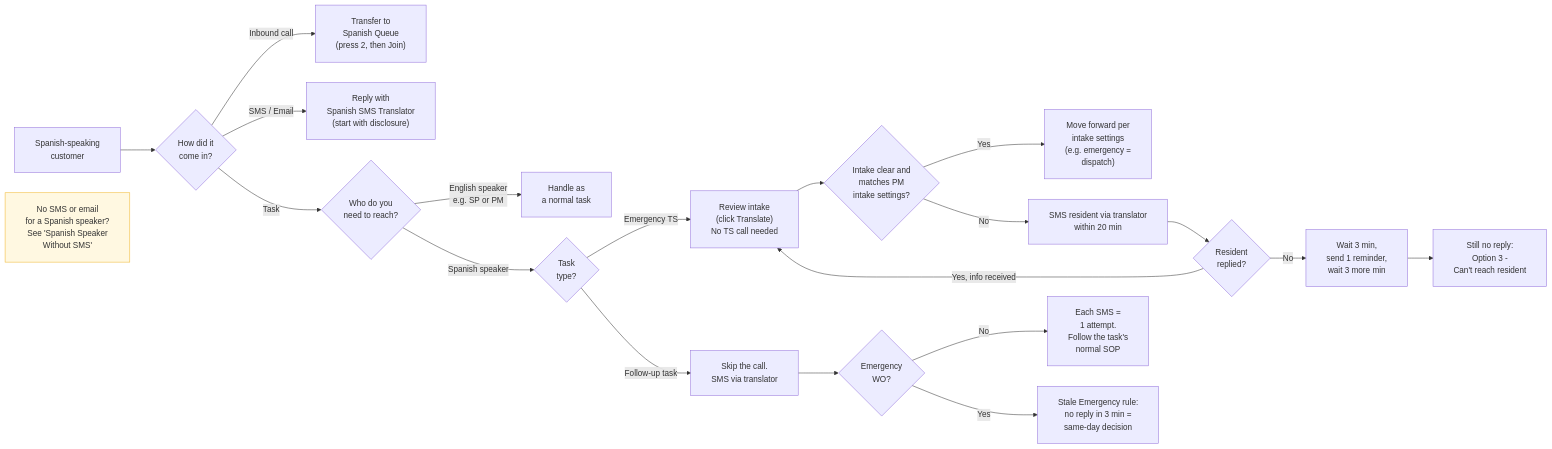
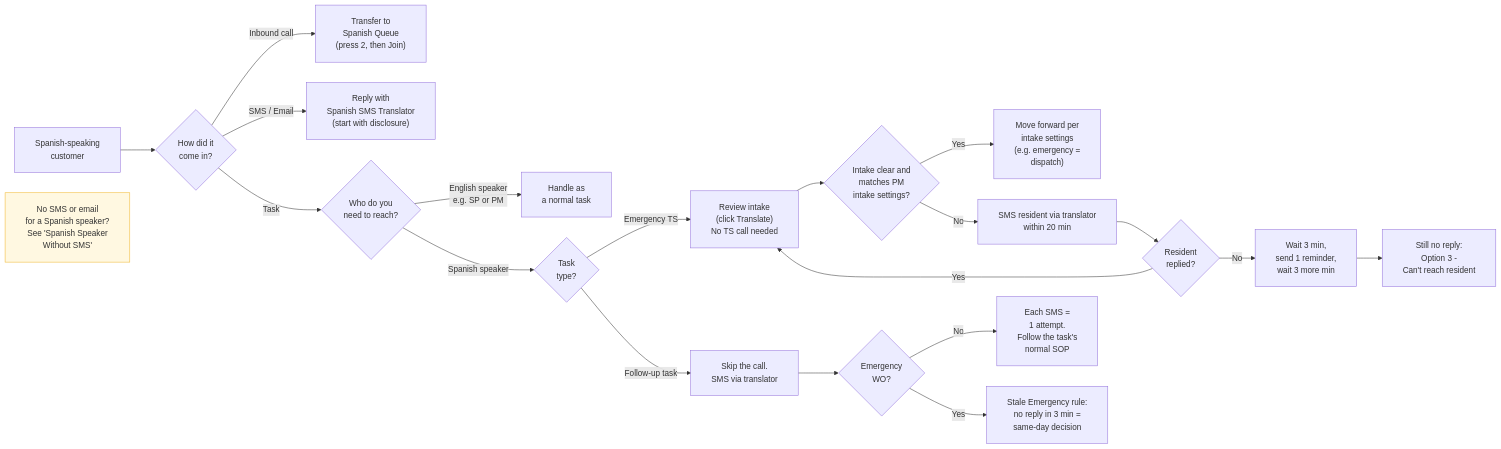
The diagram in latchel-admin/Service-Operations/Production-Documentation/How-to-Handle-Spanish-SMS-Emails-Calls.mdx (LatchelEngineering/mintlify), drawn with Mermaid before and after one commit.

Commit message:
Update How to: Handle Spanish SMS/Emails/Calls
- Updated latchel-admin/Service-Operations/Production-Documentation/How-to-Handle-Spanish-SMS-Emails-Calls.mdx

Mintlify-Source: dashboard-editor

````diff
--- a/latchel-admin/Service-Operations/Production-Documentation/How-to-Handle-Spanish-SMS-Emails-Calls.mdx
+++ b/latchel-admin/Service-Operations/Production-Documentation/How-to-Handle-Spanish-SMS-Emails-Calls.mdx
@@ -15,29 +15,29 @@
 ```mermaid
 %%{init: {"flowchart": {"padding": 20, "nodeSpacing": 40, "rankSpacing": 50}}}%%
 flowchart LR
     A["Spanish-speaking<br/>customer"] --> B{"How did it<br/>come in?"}
 
     B -->|Inbound call| C["Transfer to<br/>Spanish Queue<br/>(press 2, then Join)"]
     B -->|SMS / Email| D["Reply with<br/>Spanish SMS Translator<br/>(start with disclosure)"]
     B -->|Task| E{"Who do you<br/>need to reach?"}
 
     E -->|English speaker<br/>e.g. SP or PM| F["Handle as<br/>a normal task"]
     E -->|Spanish speaker| I{"Task<br/>type?"}
 
     I -->|Emergency TS| J["Review intake<br/>(click Translate)<br/>No TS call needed"]
     J --> K{"Intake clear and<br/>matches PM<br/>intake settings?"}
     K -->|Yes| L["Move forward per<br/>intake settings<br/>(e.g. emergency =<br/>dispatch)"]
     K -->|No| M["SMS resident via translator<br/>within 20 min"]
     M --> N{"Resident<br/>replied?"}
-    N -->|Yes, info received| J
+    N -->|Yes| J
     N -->|No| O["Wait 3 min,<br/>send 1 reminder,<br/>wait 3 more min"]
     O --> P["Still no reply:<br/>Option 3 -<br/>Can't reach resident"]
 
     I -->|Follow-up task| Q["Skip the call.<br/>SMS via translator"]
     Q --> R{"Emergency<br/>WO?"}
     R -->|No| S["Each SMS =<br/>1 attempt.<br/>Follow the task's<br/>normal SOP"]
     R -->|Yes| T["Stale Emergency rule:<br/>no reply in 3 min =<br/>same-day decision"]
 
     Z["No SMS or email<br/>for a Spanish speaker?<br/>See 'Spanish Speaker<br/>Without SMS'"]
     style Z fill:#fff8e1,stroke:#f0b429
 ```
````
